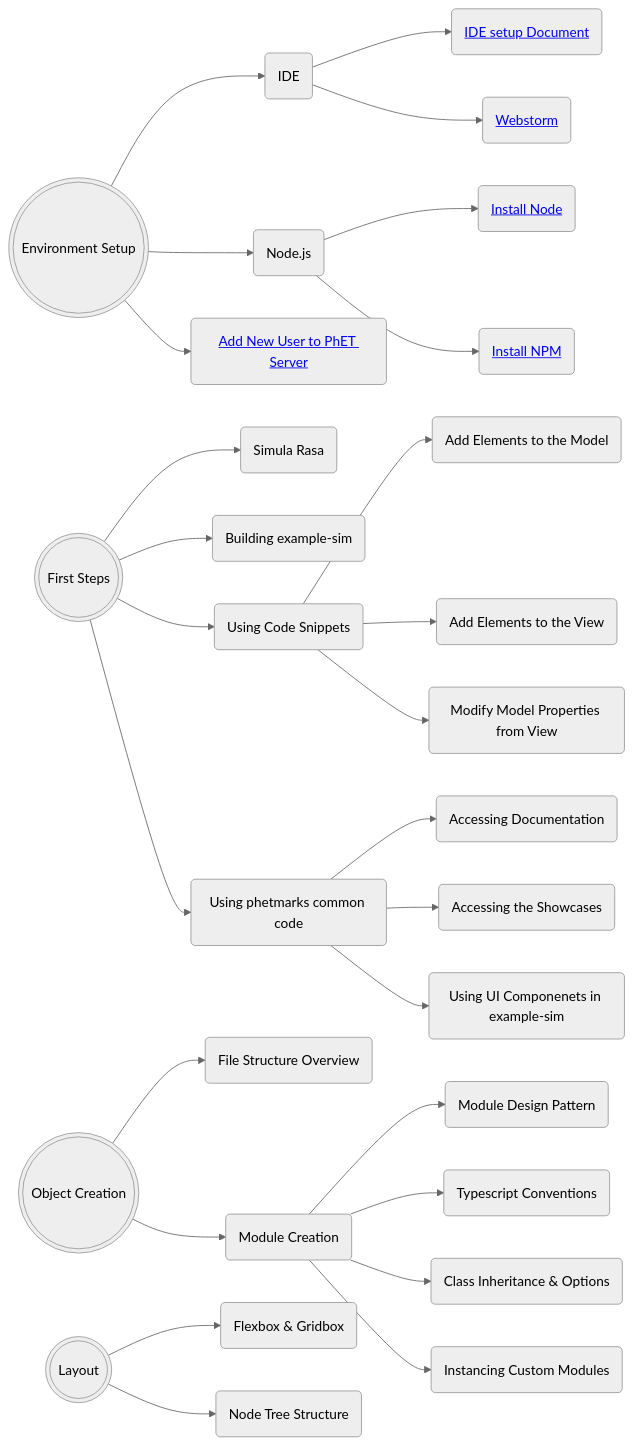
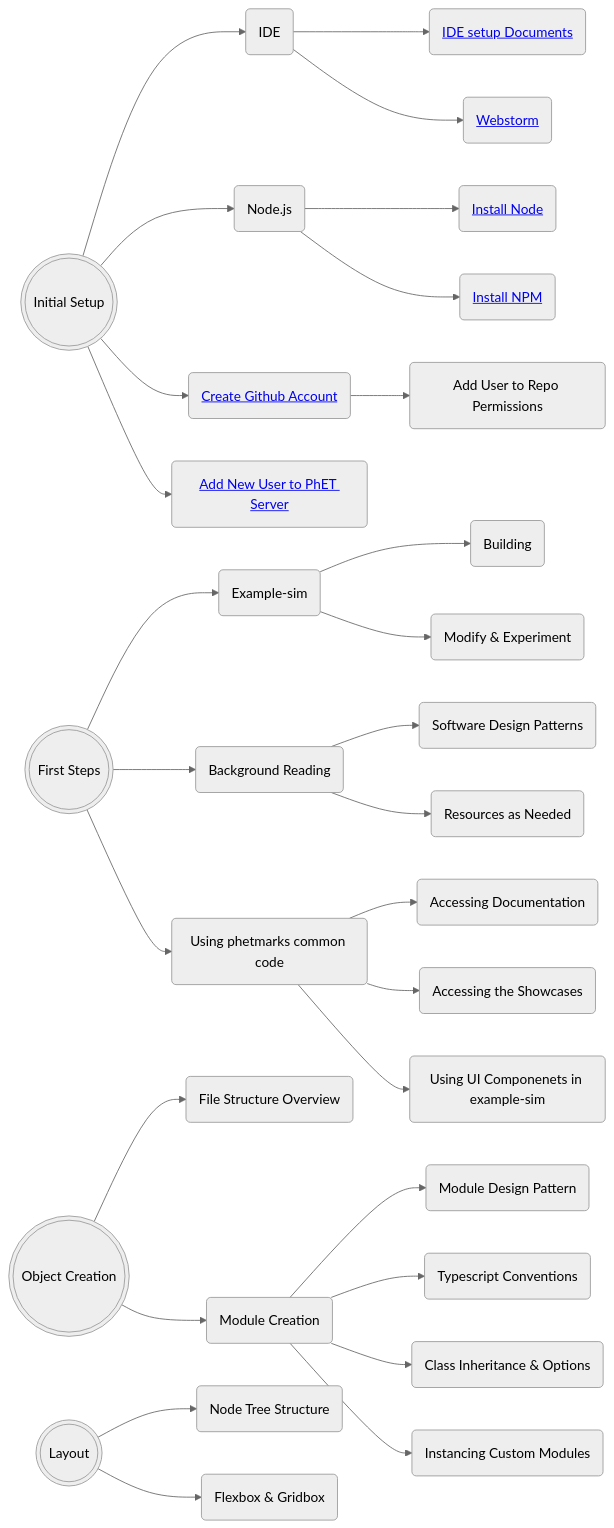
One commit to phetsims/phet-info changed the diagram in doc/new-dev-onboarding.md. Above: the diagram before and after it, drawn with Mermaid (neutral theme). The commit also changed other lines of this file, not shown here.

Commit message:
Update flowchart and add Docs Glossary

````diff
--- a/doc/new-dev-onboarding.md
+++ b/doc/new-dev-onboarding.md
@@ -76,16 +76,18 @@
 ```mermaid
 flowchart LR
-  A(((Environment Setup)))
+  A(((Initial Setup)))
   B(((First Steps)))
   C(((Object Creation)))
   D(((Layout)))
-  A-->A1(IDE) & A2(Node.js) & A3(<a href='https://github.com/phetsims/website#adding-new-users-to-phets-servers-so-a-user-can-upload-a-dev-version-or-participate-in-web-developmen'>Add New User to PhET Server</a>)
-  A1-->A1.1(<a href='http://google.com'>IDE setup Document</a>) & A1.2(<a href='https://www.jetbrains.com/webstorm/'>Webstorm</a>)
+  A-->A1(IDE) & A2(Node.js) & A3(<a href='https://github.com/join'>Create Github Account</a>) & A4(<a href='https://github.com/phetsims/website#adding-new-users-to-phets-servers-so-a-user-can-upload-a-dev-version-or-participate-in-web-developmen'>Add New User to PhET Server</a>)
+  A1-->A1.1(<a href='https://github.com/phetsims/phet-info/tree/master/ide'>IDE setup Documents</a>) & A1.2(<a href='https://www.jetbrains.com/webstorm/'>Webstorm</a>)
   A2-->A2.1(<a href='https://nodejs.org/en/download/'>Install Node</a>) & A2.2(<a href='https://docs.npmjs.com/cli/v8/commands/npm-install'>Install NPM</a>)
-  B-->B1(Simula Rasa) & B2(Building example-sim) & B3(Using Code Snippets) & B4(Using phetmarks common code)
-  B3-->B3.1(Add Elements to the Model) & B3.2(Add Elements to the View) & B3.3(Modify Model Properties from View)
-  B4-->B4.1(Accessing Documentation) & B4.2(Accessing the Showcases) & B4.3(Using UI Componenets in example-sim)
+  A3-->A3.1(Add User to Repo Permissions)
+  B-->B1(Example-sim) & B2(Background Reading) & B3(Using phetmarks common code)
+  B1-->B1.1(Building) & B1.2(Modify & Experiment)
+  B2-->B2.1(Software Design Patterns) & B2.2(Resources as Needed)
+  B3-->B3.1(Accessing Documentation) & B3.2(Accessing the Showcases) & B3.3(Using UI Componenets in example-sim)
   C-->C1(File Structure Overview) & C2(Module Creation)
   C2-->C2.1(Module Design Pattern) & C2.2(Typescript Conventions) & C2.3(Class Inheritance & Options) & C2.4(Instancing Custom Modules)
-  D-->D1(Flexbox & Gridbox) & D2(Node Tree Structure)
+  D-->D1(Node Tree Structure) & D2(Flexbox & Gridbox)
 ```
````
